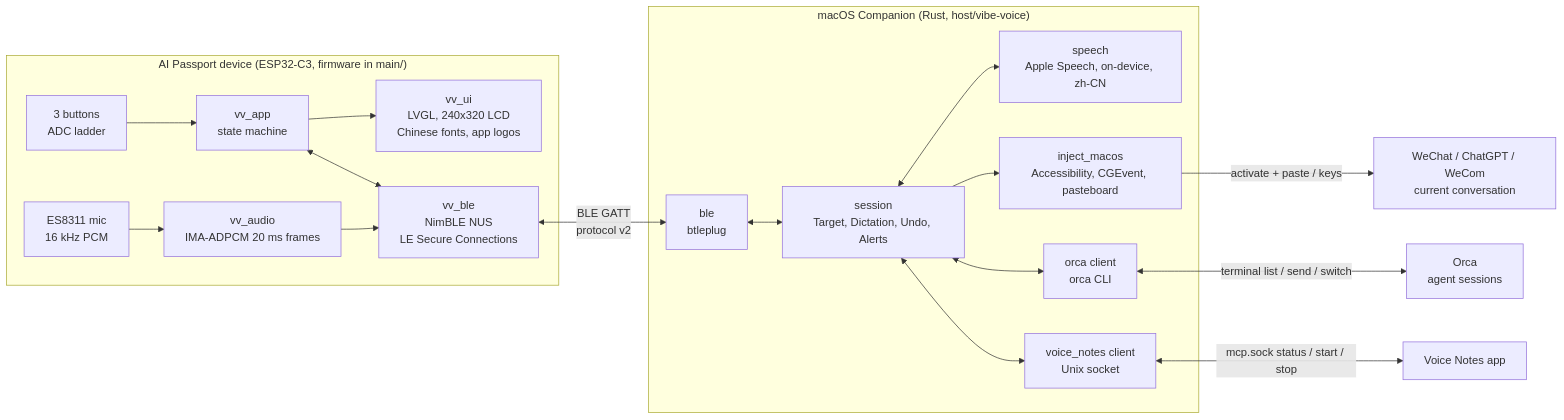
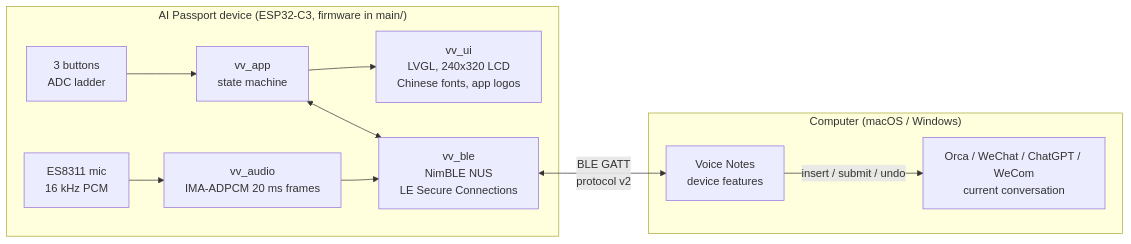
One commit to SoulZhong/vibe-voice-input changed the diagram in README.md. Above: the diagram before and after it, drawn with Mermaid. The commit also changed other lines of this file and 36 other files, not shown here.

First line of the commit message:
chore: remove the standalone macOS Companion

````diff
--- a/README.md
+++ b/README.md
@@ -37,24 +40,17 @@
 ```mermaid
 flowchart LR
     subgraph DEV["AI Passport device (ESP32-C3, firmware in main/)"]
         BTN["3 buttons<br/>ADC ladder"] --> APP["vv_app<br/>state machine"]
         MIC["ES8311 mic<br/>16 kHz PCM"] --> AUD["vv_audio<br/>IMA-ADPCM 20 ms frames"]
         APP --> UI["vv_ui<br/>LVGL, 240x320 LCD<br/>Chinese fonts, app logos"]
         AUD --> BLE["vv_ble<br/>NimBLE NUS<br/>LE Secure Connections"]
         APP <--> BLE
     end
 
-    BLE <-->|"BLE GATT<br/>protocol v2"| CBLE
+    BLE <-->|"BLE GATT<br/>protocol v2"| VN
 
-    subgraph MAC["macOS Companion (Rust, host/vibe-voice)"]
-        CBLE["ble<br/>btleplug"] <--> SES["session<br/>Target, Dictation, Undo, Alerts"]
-        SES <--> ASR["speech<br/>Apple Speech, on-device, zh-CN"]
-        SES --> INJ["inject_macos<br/>Accessibility, CGEvent, pasteboard"]
-        SES <--> ORC["orca client<br/>orca CLI"]
-        SES <--> VNC["voice_notes client<br/>Unix socket"]
+    subgraph PC["Computer (macOS / Windows)"]
+        VN["Voice Notes<br/>device features"]
+        VN -->|"insert / submit / undo"| APPS["Orca / WeChat / ChatGPT / WeCom<br/>current conversation"]
     end
-
-    ORC <-->|"terminal list / send / switch"| ORCA["Orca<br/>agent sessions"]
-    INJ -->|"activate + paste / keys"| APPS["WeChat / ChatGPT / WeCom<br/>current conversation"]
-    VNC <-->|"mcp.sock status / start / stop"| VN["Voice Notes app"]
 ```
````
